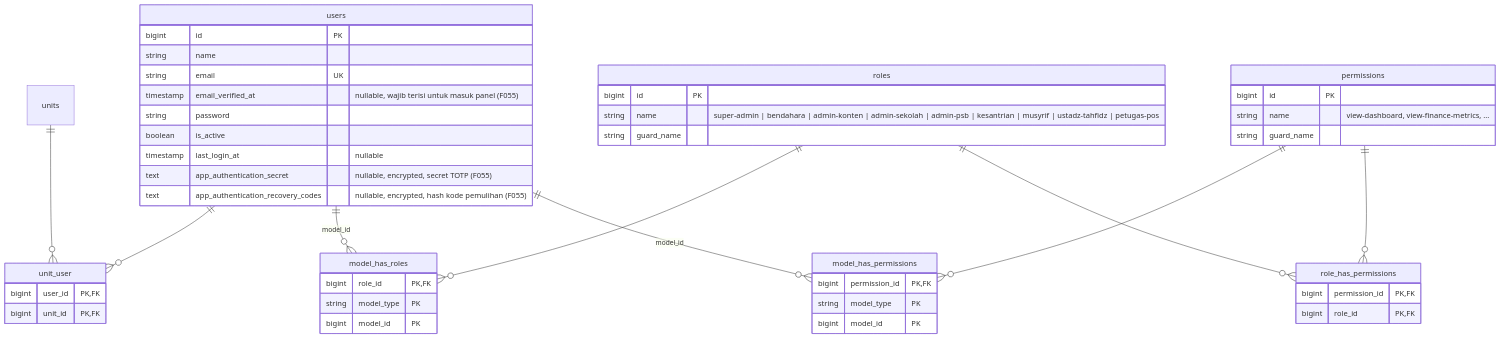
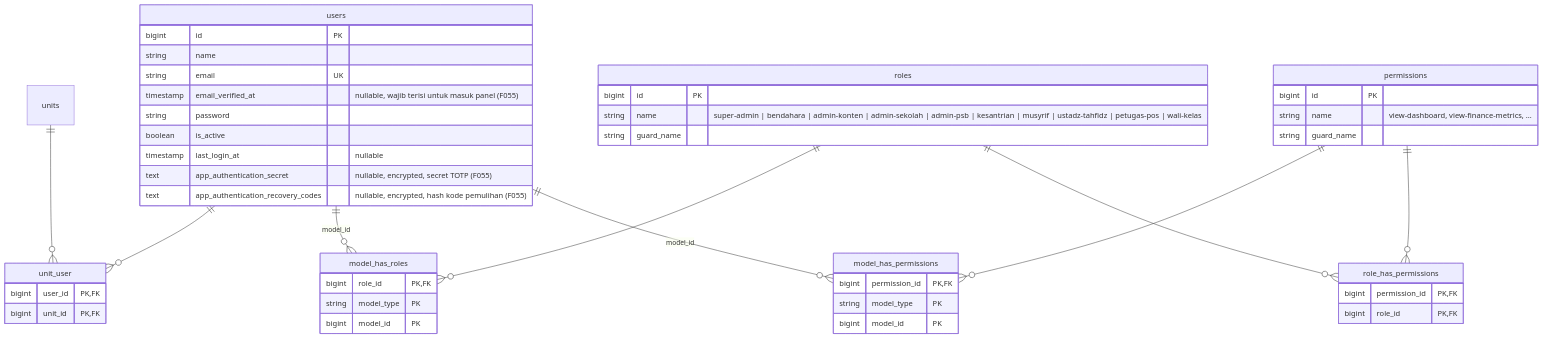
One commit to dankedev/pondok changed diagram 13 of 13 in docs/erd.md. Above: the diagram before and after it, drawn with Mermaid. The commit also changed other lines of this file and 1 other file, not shown here.

````diff
--- a/docs/erd.md
+++ b/docs/erd.md
@@ -877,51 +911,51 @@
 ```mermaid
 erDiagram
   users {
     bigint id PK
     string name
     string email UK
     timestamp email_verified_at "nullable, wajib terisi untuk masuk panel (F055)"
     string password
     boolean is_active
     timestamp last_login_at "nullable"
     text app_authentication_secret "nullable, encrypted, secret TOTP (F055)"
     text app_authentication_recovery_codes "nullable, encrypted, hash kode pemulihan (F055)"
   }
   unit_user {
     bigint user_id PK,FK
     bigint unit_id PK,FK
   }
   roles {
     bigint id PK
-    string name "super-admin | bendahara | admin-konten | admin-sekolah | admin-psb | kesantrian | musyrif | ustadz-tahfidz | petugas-pos"
+    string name "super-admin | bendahara | admin-konten | admin-sekolah | admin-psb | kesantrian | musyrif | ustadz-tahfidz | petugas-pos | wali-kelas"
     string guard_name
   }
   permissions {
     bigint id PK
     string name "view-dashboard, view-finance-metrics, ..."
     string guard_name
   }
   model_has_roles {
     bigint role_id PK,FK
     string model_type PK
     bigint model_id PK
   }
   model_has_permissions {
     bigint permission_id PK,FK
     string model_type PK
     bigint model_id PK
   }
   role_has_permissions {
     bigint permission_id PK,FK
     bigint role_id PK,FK
   }
   users ||--o{ unit_user : ""
   units ||--o{ unit_user : ""
   users ||--o{ model_has_roles : "model_id"
   roles ||--o{ model_has_roles : ""
   users ||--o{ model_has_permissions : "model_id"
   permissions ||--o{ model_has_permissions : ""
   roles ||--o{ role_has_permissions : ""
   permissions ||--o{ role_has_permissions : ""
   
 ```
````
